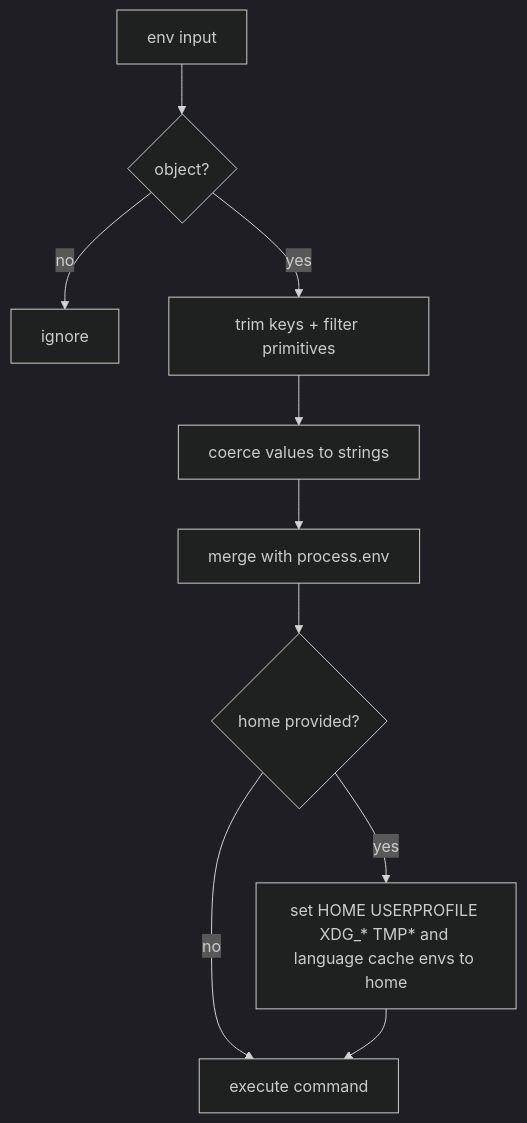
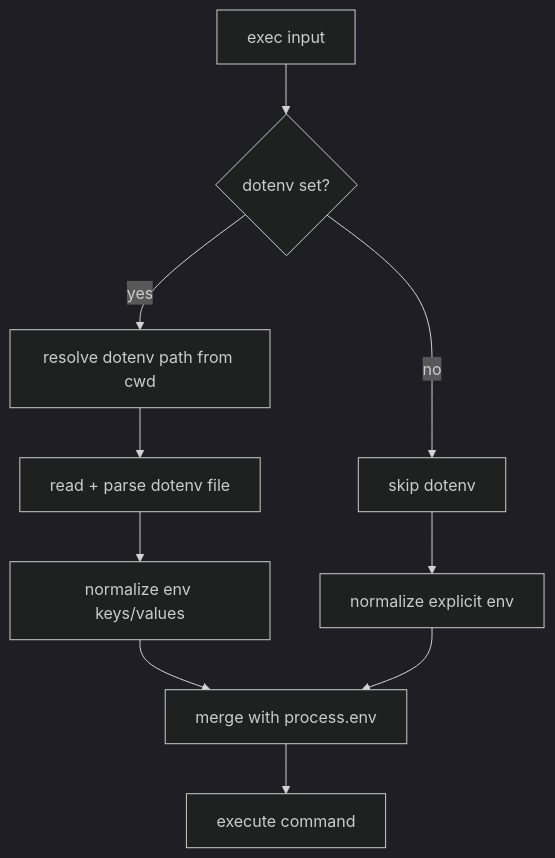
One commit to ex3ndr/daycare changed the diagram in doc/internals/exec-env.md. Above: the diagram before and after it, drawn with Mermaid (dark theme). The commit also changed other lines of this file and 6 other files, not shown here.

Commit message:
feat(exec): add dotenv support and env merge precedence

````diff
--- a/doc/internals/exec-env.md
+++ b/doc/internals/exec-env.md
@@ -25,12 +30,12 @@
 ```mermaid
 flowchart TD
-  A[env input] --> B{object?}
-  B -- no --> C[ignore]
-  B -- yes --> D[trim keys + filter primitives]
-  D --> E[coerce values to strings]
-  E --> F[merge with process.env]
-  F --> G{home provided?}
-  G -- no --> H[execute command]
-  G -- yes --> I[set HOME USERPROFILE XDG_* TMP* and language cache envs to home]
-  I --> H
+  A[exec input] --> B{dotenv set?}
+  B -- no --> C[skip dotenv]
+  B -- yes --> D[resolve dotenv path from cwd]
+  D --> E[read + parse dotenv file]
+  E --> F[normalize env keys/values]
+  C --> G[normalize explicit env]
+  F --> H[merge with process.env]
+  G --> H
+  H --> I[execute command]
 ```
````
